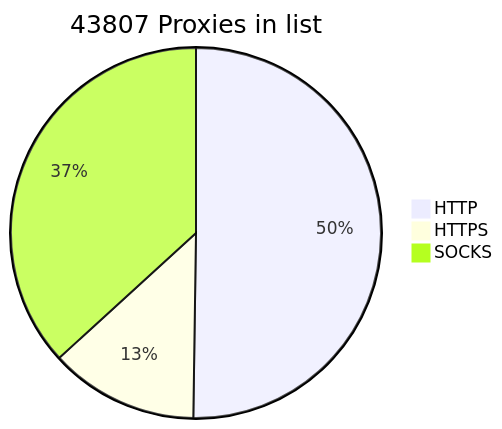
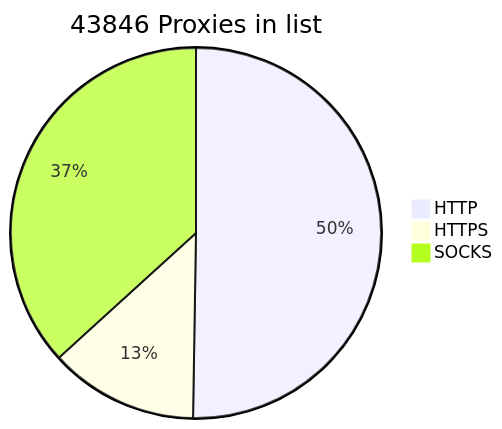
The diagram in README.md (BlackSnowDot/proxylist-update-every-minute), drawn with Mermaid before and after one commit.

````diff
--- a/README.md
+++ b/README.md
@@ -2,6 +2,6 @@
 ```mermaid
-pie title 43807 Proxies in list
-    "HTTP" : 24516
-    "HTTPS": 6342
-    "SOCKS" : 17950
+pie title 43846 Proxies in list
+    "HTTP" : 24548
+    "HTTPS": 6348
+    "SOCKS" : 17952
 ```
````
